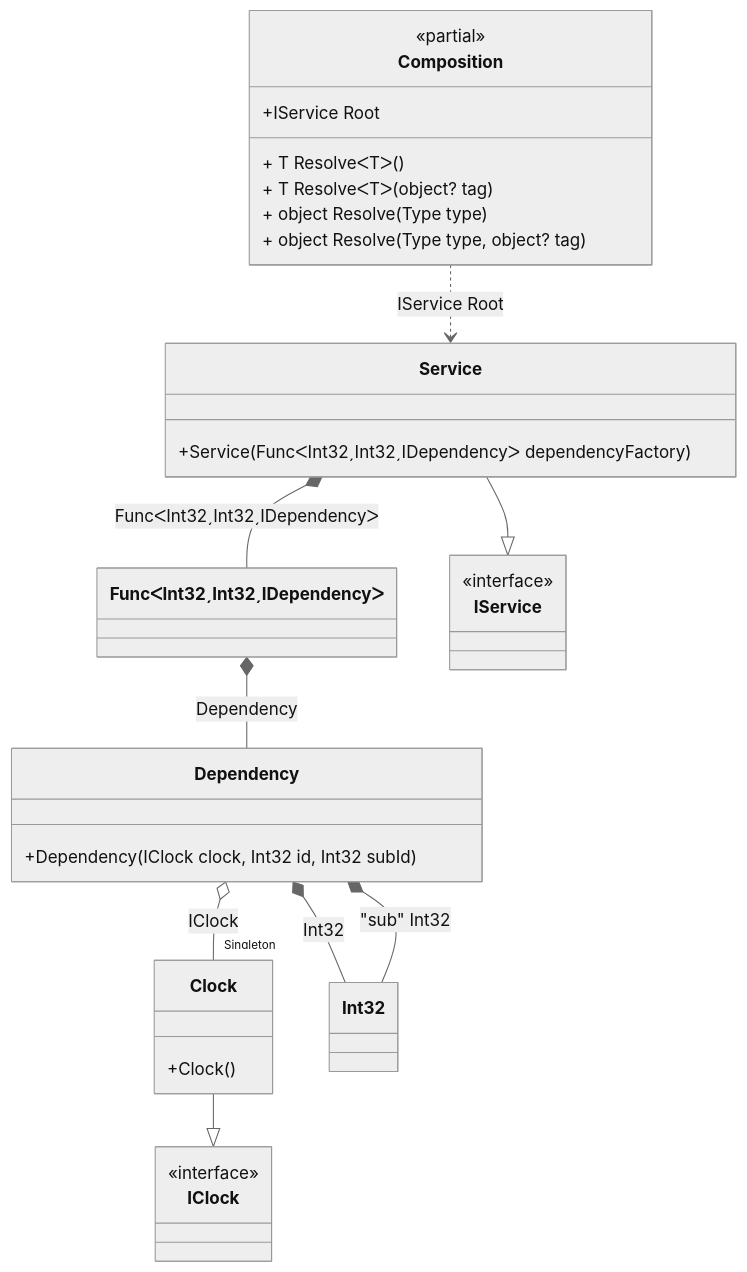
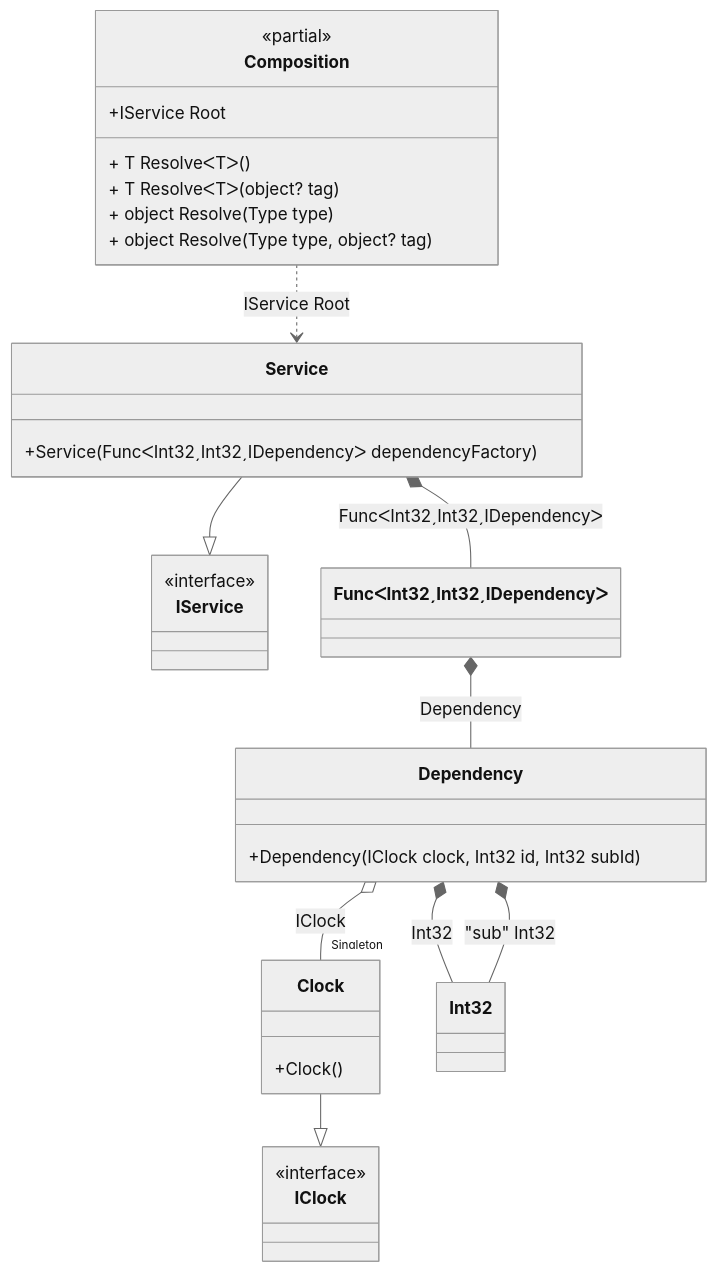
The diagram in readme/func-with-arguments.md (DevTeam/Pure.DI), drawn with Mermaid (neutral theme) before and after one commit. The commit also changed other lines of this file and 92 other files, not shown here.

````diff
--- a/readme/func-with-arguments.md
+++ b/readme/func-with-arguments.md
@@ -258,36 +258,36 @@
 ```mermaid
 classDiagram
 	class Composition {
 		<<partial>>
 		+IService Root
 		+ T ResolveᐸTᐳ()
 		+ T ResolveᐸTᐳ(object? tag)
 		+ object Resolve(Type type)
 		+ object Resolve(Type type, object? tag)
 	}
+	Service --|> IService
+	class Service {
+		+Service(FuncᐸInt32ˏInt32ˏIDependencyᐳ dependencyFactory)
+	}
+	class FuncᐸInt32ˏInt32ˏIDependencyᐳ
 	class Dependency {
 		+Dependency(IClock clock, Int32 id, Int32 subId)
 	}
 	Clock --|> IClock
 	class Clock {
 		+Clock()
 	}
 	class Int32
-	class FuncᐸInt32ˏInt32ˏIDependencyᐳ
-	Service --|> IService
-	class Service {
-		+Service(FuncᐸInt32ˏInt32ˏIDependencyᐳ dependencyFactory)
+	class IService {
+		<<interface>>
 	}
 	class IClock {
 		<<interface>>
 	}
-	class IService {
-		<<interface>>
-	}
+	Composition ..> Service : IService Root
+	Service *--  FuncᐸInt32ˏInt32ˏIDependencyᐳ : FuncᐸInt32ˏInt32ˏIDependencyᐳ
+	FuncᐸInt32ˏInt32ˏIDependencyᐳ *--  Dependency : Dependency
 	Dependency o-- "Singleton" Clock : IClock
 	Dependency *--  Int32 : Int32
 	Dependency *--  Int32 : "sub"  Int32
-	Composition ..> Service : IService Root
-	FuncᐸInt32ˏInt32ˏIDependencyᐳ *--  Dependency : Dependency
-	Service *--  FuncᐸInt32ˏInt32ˏIDependencyᐳ : FuncᐸInt32ˏInt32ˏIDependencyᐳ
 ```
````
